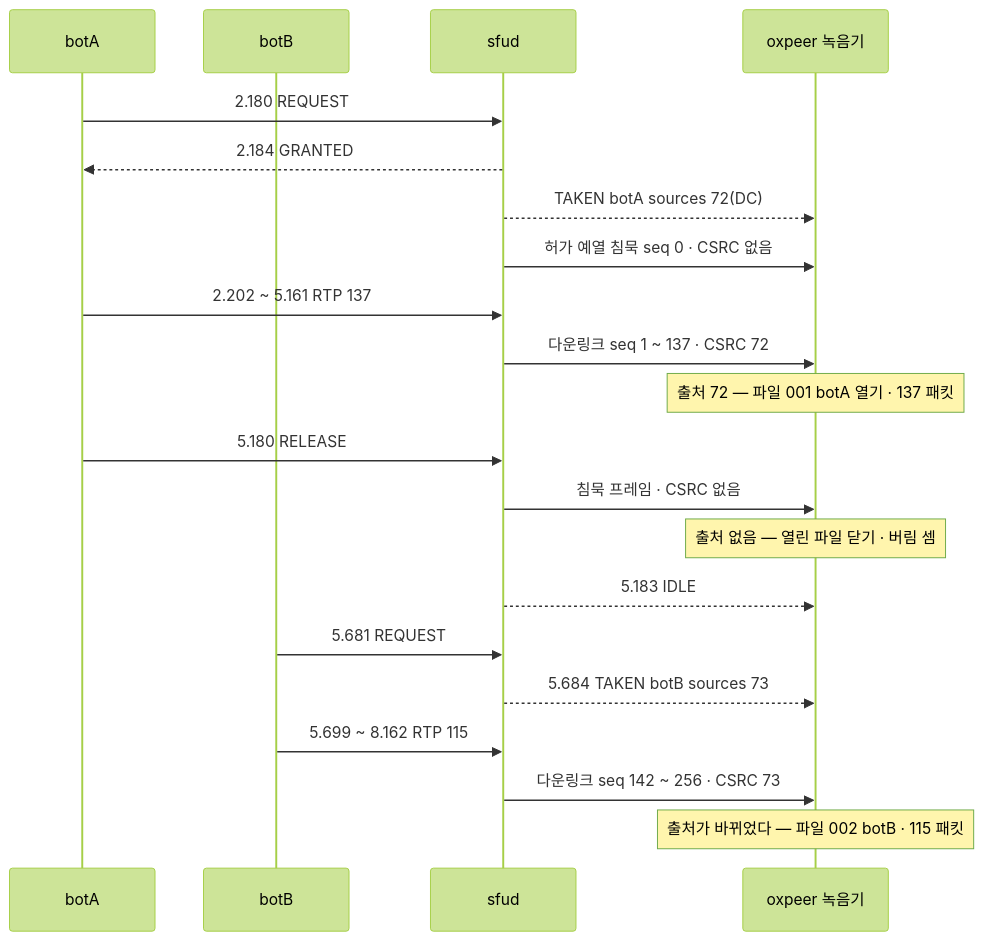
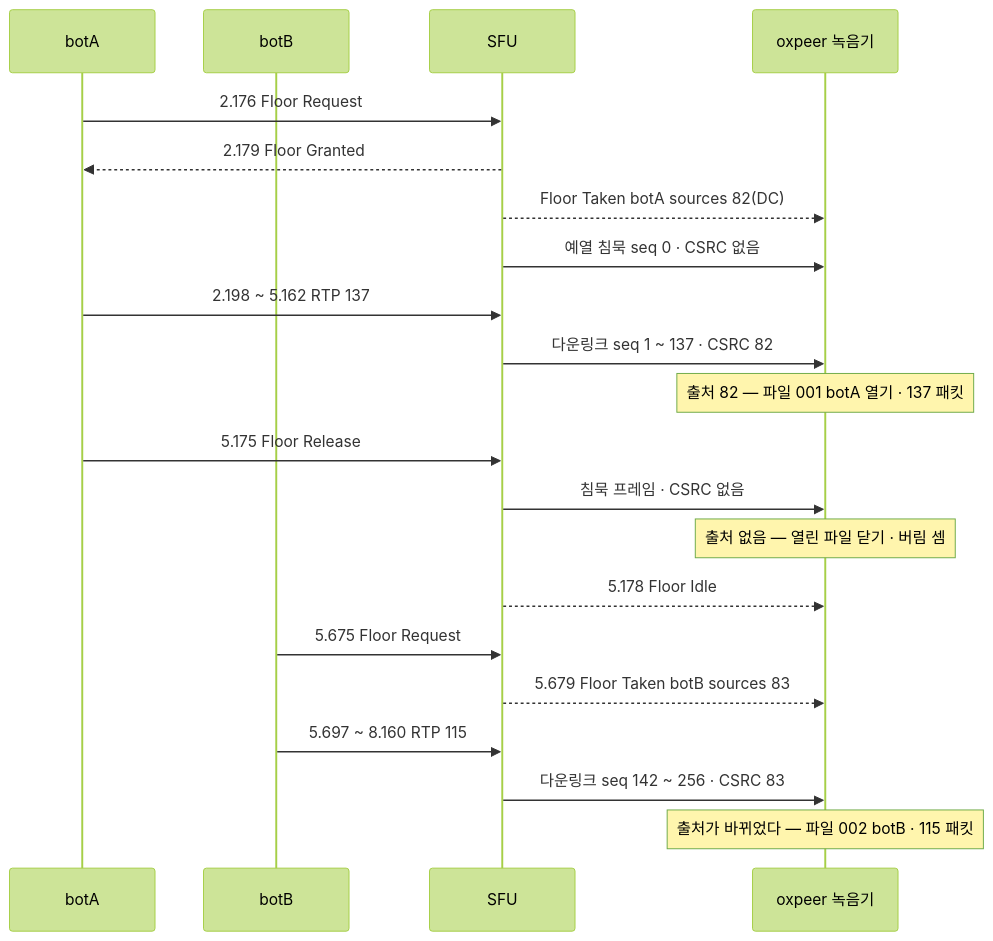
Before and after one commit to kodeholic9/oxlens-sfu: the second of 4 diagrams in docs/learn/16_OXPEER.md, drawn with Mermaid (forest theme). The commit also changed other lines of this file and 19 other files, not shown here.

````diff
--- a/docs/learn/16_OXPEER.md
+++ b/docs/learn/16_OXPEER.md
@@ -61,23 +66,23 @@
 ```mermaid
 sequenceDiagram
   participant A as botA
   participant B as botB
-  participant S as sfud
+  participant S as SFU
   participant R as oxpeer 녹음기
-  A->>S: 2.180 REQUEST
-  S-->>A: 2.184 GRANTED
-  S-->>R: TAKEN botA sources 72(DC)
-  S->>R: 허가 예열 침묵 seq 0 · CSRC 없음
-  A->>S: 2.202 ~ 5.161 RTP 137
-  S->>R: 다운링크 seq 1 ~ 137 · CSRC 72
-  Note over R: 출처 72 — 파일 001 botA 열기 · 137 패킷
-  A->>S: 5.180 RELEASE
+  A->>S: 2.176 Floor Request
+  S-->>A: 2.179 Floor Granted
+  S-->>R: Floor Taken botA sources 82(DC)
+  S->>R: 예열 침묵 seq 0 · CSRC 없음
+  A->>S: 2.198 ~ 5.162 RTP 137
+  S->>R: 다운링크 seq 1 ~ 137 · CSRC 82
+  Note over R: 출처 82 — 파일 001 botA 열기 · 137 패킷
+  A->>S: 5.175 Floor Release
   S->>R: 침묵 프레임 · CSRC 없음
   Note over R: 출처 없음 — 열린 파일 닫기 · 버림 셈
-  S-->>R: 5.183 IDLE
-  B->>S: 5.681 REQUEST
-  S-->>R: 5.684 TAKEN botB sources 73
-  B->>S: 5.699 ~ 8.162 RTP 115
-  S->>R: 다운링크 seq 142 ~ 256 · CSRC 73
+  S-->>R: 5.178 Floor Idle
+  B->>S: 5.675 Floor Request
+  S-->>R: 5.679 Floor Taken botB sources 83
+  B->>S: 5.697 ~ 8.160 RTP 115
+  S->>R: 다운링크 seq 142 ~ 256 · CSRC 83
   Note over R: 출처가 바뀌었다 — 파일 002 botB · 115 패킷
 ```
````
